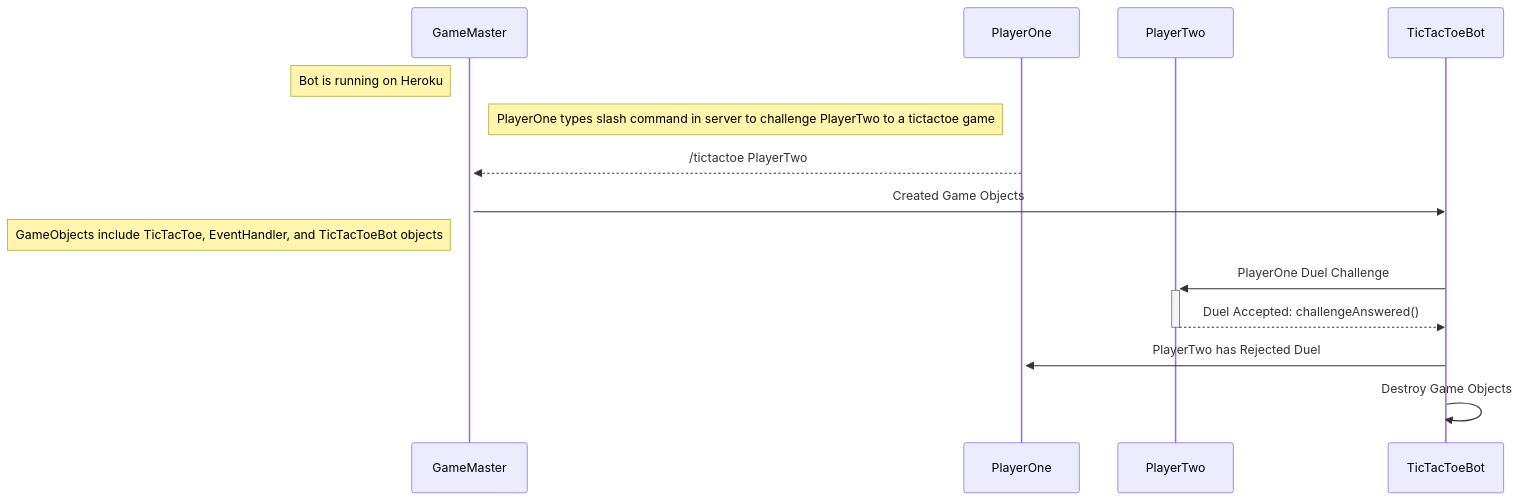
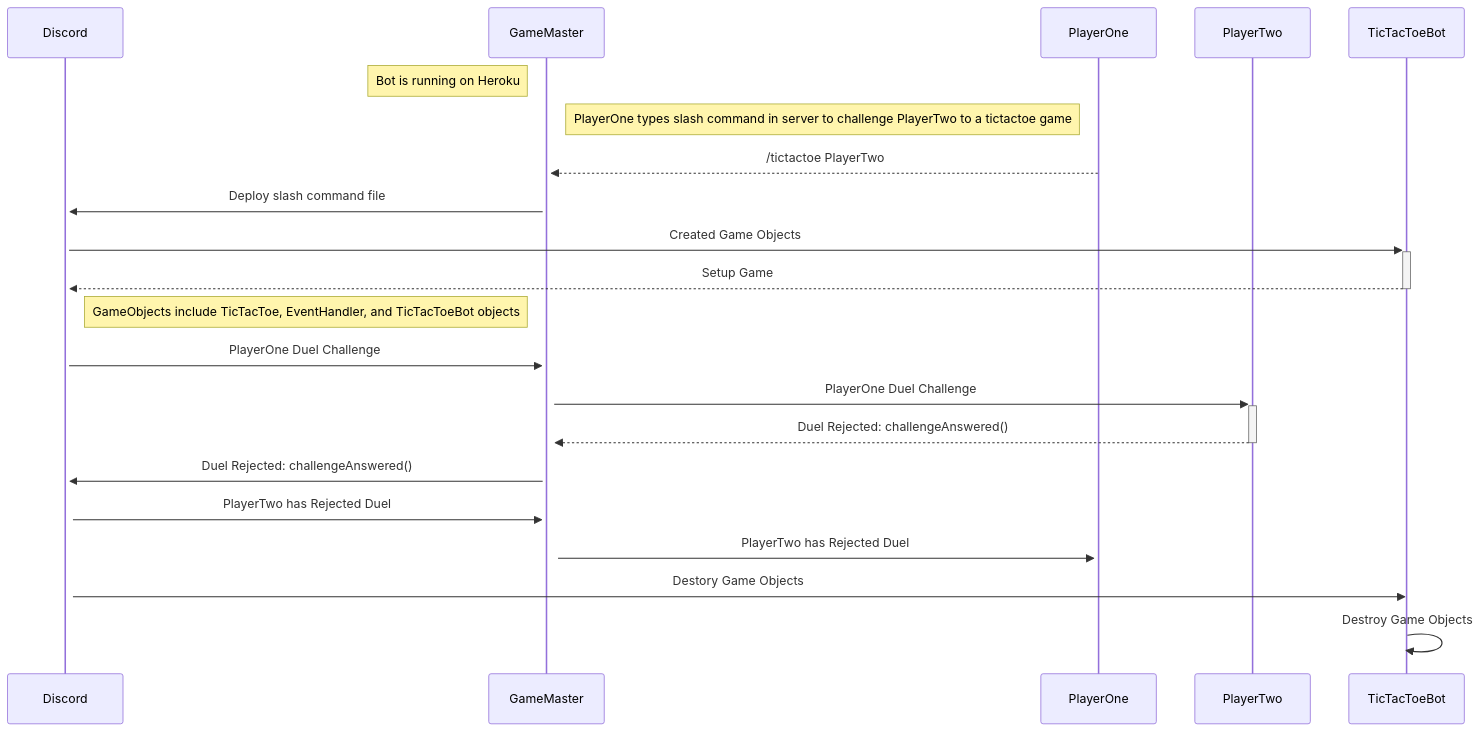
One commit to cis3296f22/GameMaster changed the diagram in Documents/uml_Sequence_RejectDuel.md. Above: the diagram before and after it, drawn with Mermaid. The commit also changed other lines of this file, not shown here.

Commit message:
Update uml_Sequence_RejectDuel.md
Updated to include Discord participant

````diff
--- a/Documents/uml_Sequence_RejectDuel.md
+++ b/Documents/uml_Sequence_RejectDuel.md
@@ -3,20 +3,27 @@
 ```mermaid
 sequenceDiagram
-  
+    
+    participant Discord as Discord
     participant GameMaster as GameMaster
     participant PlayerOne as PlayerOne
     participant PlayerTwo as PlayerTwo
     participant TicTacToeBot as TicTacToeBot
     
     Note left of GameMaster: Bot is running on Heroku
     Note left of PlayerOne: PlayerOne types slash command in server to challenge PlayerTwo to a tictactoe game
     PlayerOne-->>+GameMaster: /tictactoe PlayerTwo
-    GameMaster->>TicTacToeBot: Created Game Objects
+    GameMaster->>+Discord: Deploy slash command file
+    Discord->>+TicTacToeBot: Created Game Objects
+    TicTacToeBot-->>-Discord: Setup Game
    
     Note left of GameMaster: GameObjects include TicTacToe, EventHandler, and TicTacToeBot objects
-    TicTacToeBot->>+PlayerTwo: PlayerOne Duel Challenge
-    PlayerTwo-->>-TicTacToeBot: Duel Accepted: challengeAnswered()
-    TicTacToeBot->>+PlayerOne: PlayerTwo has Rejected Duel
+    Discord->>+GameMaster: PlayerOne Duel Challenge
+    GameMaster->>+PlayerTwo: PlayerOne Duel Challenge
+    PlayerTwo-->>-GameMaster: Duel Rejected: challengeAnswered()
+    GameMaster->>+Discord: Duel Rejected: challengeAnswered()
+    Discord->>+GameMaster: PlayerTwo has Rejected Duel
+    GameMaster->>+PlayerOne: PlayerTwo has Rejected Duel
+    Discord->>TicTacToeBot: Destory Game Objects
     TicTacToeBot->>TicTacToeBot: Destroy Game Objects
     
 ```
````
